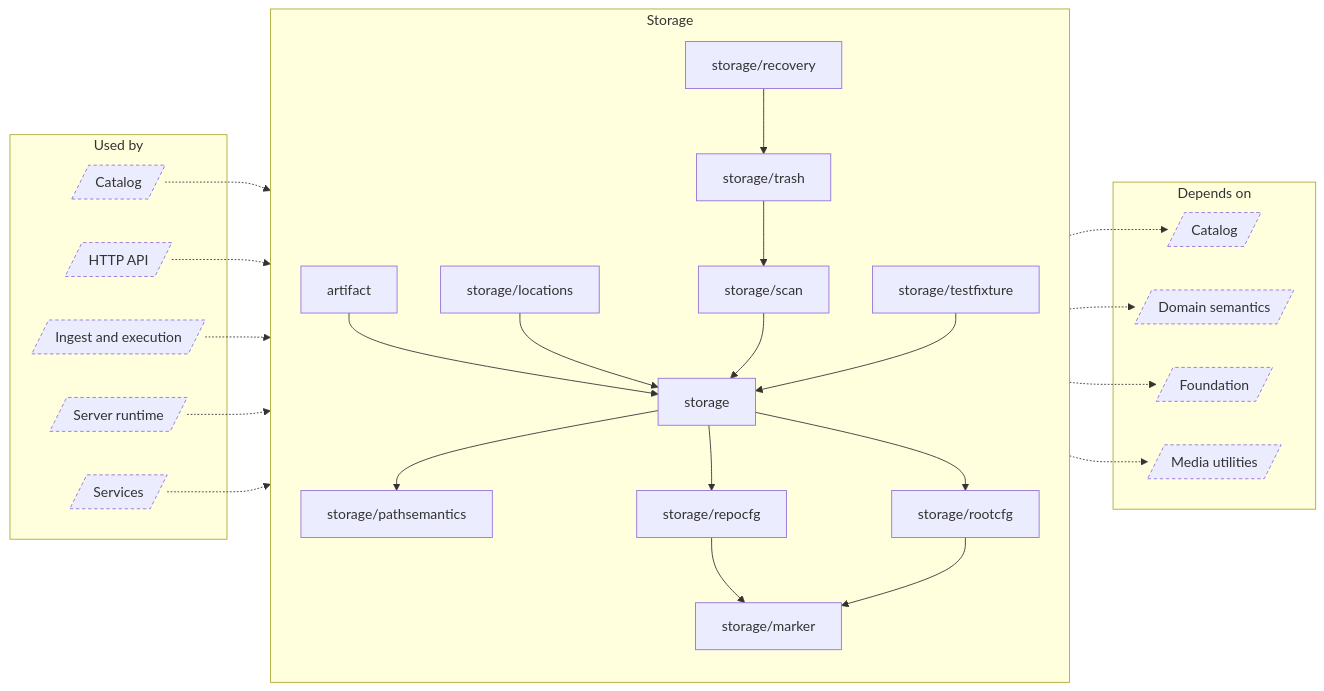
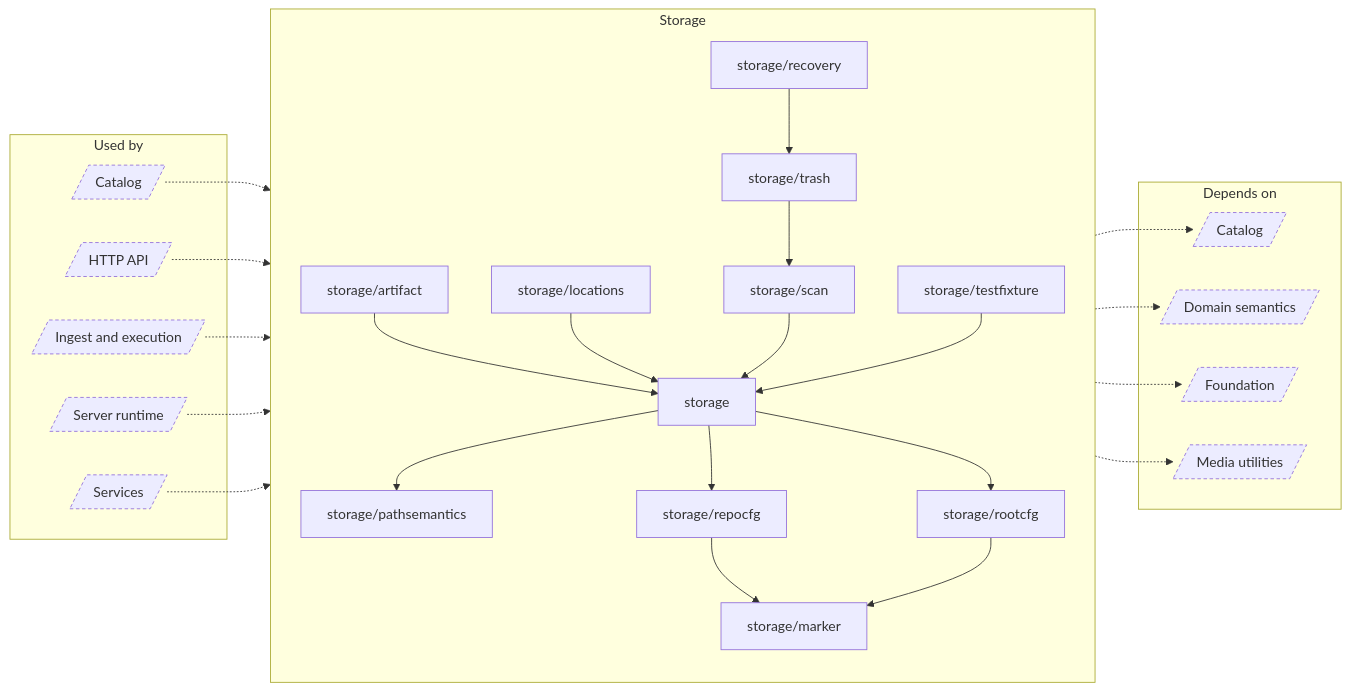
Before and after one commit to EdwinZhanCN/Lumilio-Photos: the diagram in docs/atlas/generated/architecture/group-storage.md, drawn with Mermaid. The commit also changed other lines of this file and 936 other files, not shown here.

````diff
--- a/docs/atlas/generated/architecture/group-storage.md
+++ b/docs/atlas/generated/architecture/group-storage.md
@@ -9,51 +9,51 @@
 ```mermaid
 flowchart LR
     subgraph n_g_Used_by["Used by"]
         n_in_catalog[/"Catalog"/]
         n_in_http[/"HTTP API"/]
         n_in_ingest[/"Ingest and execution"/]
         n_in_runtime[/"Server runtime"/]
         n_in_service[/"Services"/]
     end
     subgraph n_g_Storage["Storage"]
-        n_server_internal_artifact["artifact"]
         n_server_internal_storage["storage"]
+        n_server_internal_storage_artifact["storage/artifact"]
         n_server_internal_storage_locations["storage/locations"]
         n_server_internal_storage_marker["storage/marker"]
         n_server_internal_storage_pathsemantics["storage/pathsemantics"]
         n_server_internal_storage_recovery["storage/recovery"]
         n_server_internal_storage_repocfg["storage/repocfg"]
         n_server_internal_storage_rootcfg["storage/rootcfg"]
         n_server_internal_storage_scan["storage/scan"]
         n_server_internal_storage_testfixture["storage/testfixture"]
         n_server_internal_storage_trash["storage/trash"]
     end
     subgraph n_g_Depends_on["Depends on"]
         n_out_catalog[/"Catalog"/]
         n_out_domain[/"Domain semantics"/]
         n_out_foundation[/"Foundation"/]
         n_out_media[/"Media utilities"/]
     end
     n_in_catalog -.-> n_g_Storage
     n_in_http -.-> n_g_Storage
     n_in_ingest -.-> n_g_Storage
     n_in_runtime -.-> n_g_Storage
     n_in_service -.-> n_g_Storage
-    n_server_internal_artifact --> n_server_internal_storage
     n_server_internal_storage --> n_server_internal_storage_pathsemantics
     n_server_internal_storage --> n_server_internal_storage_repocfg
     n_server_internal_storage --> n_server_internal_storage_rootcfg
+    n_server_internal_storage_artifact --> n_server_internal_storage
     n_server_internal_storage_locations --> n_server_internal_storage
     n_server_internal_storage_recovery --> n_server_internal_storage_trash
     n_server_internal_storage_repocfg --> n_server_internal_storage_marker
     n_server_internal_storage_rootcfg --> n_server_internal_storage_marker
     n_server_internal_storage_scan --> n_server_internal_storage
     n_server_internal_storage_testfixture --> n_server_internal_storage
     n_server_internal_storage_trash --> n_server_internal_storage_scan
     n_g_Storage -.-> n_out_catalog
     n_g_Storage -.-> n_out_domain
     n_g_Storage -.-> n_out_foundation
     n_g_Storage -.-> n_out_media
     classDef external stroke-dasharray:4 3
     class n_in_catalog,n_in_http,n_in_ingest,n_in_runtime,n_in_service,n_out_catalog,n_out_domain,n_out_foundation,n_out_media external
 ```
````
